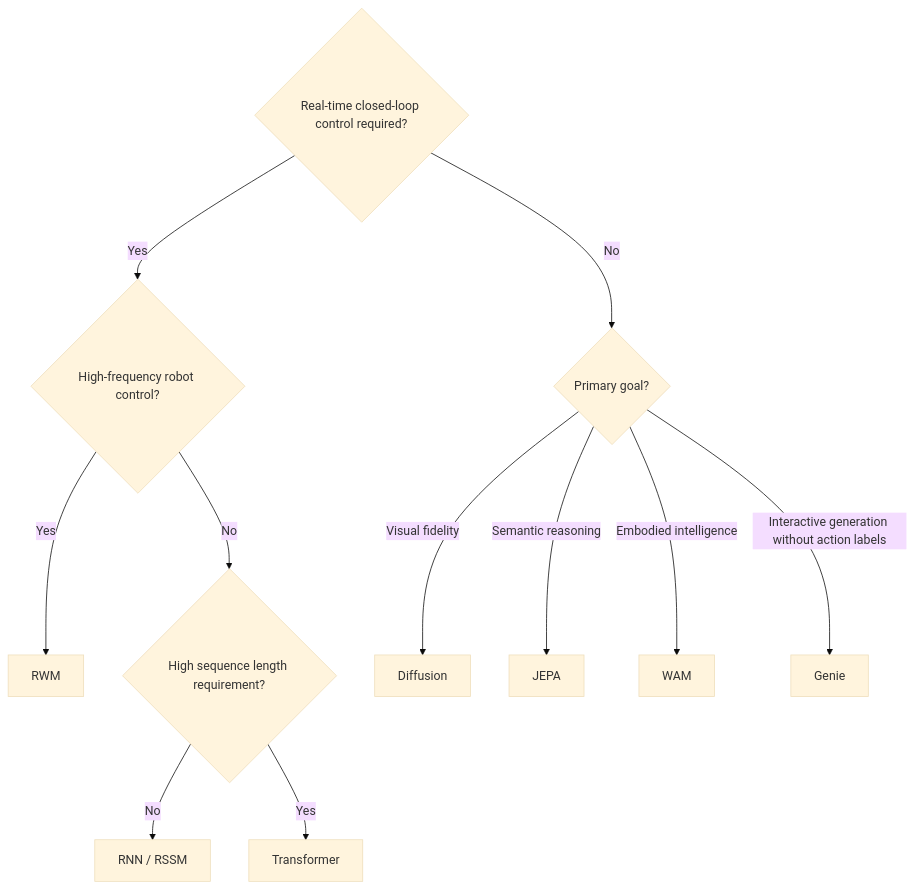
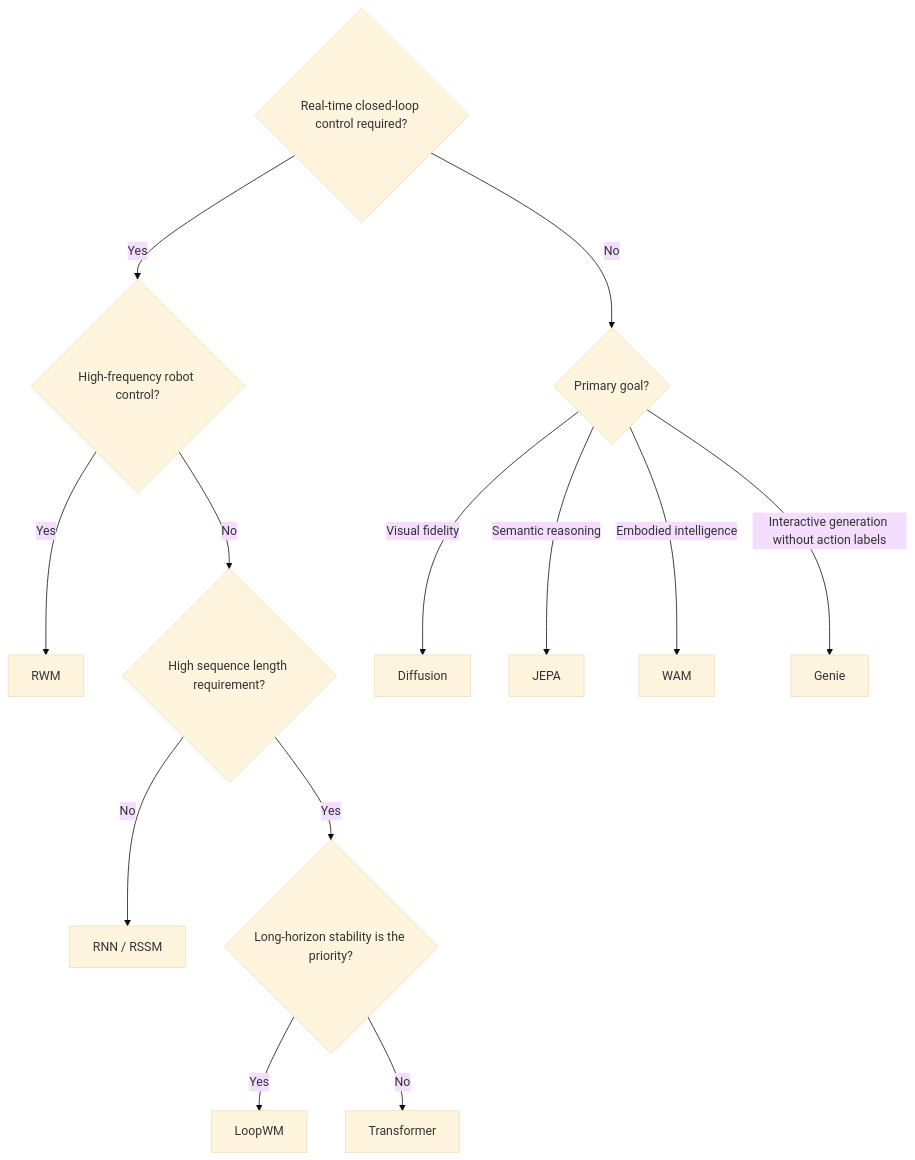
The diagram in docs/en/lectures/lecture-03-architecture-patterns/03-architectures-genie-wam.md (datawhalechina/learn-world-model), drawn with Mermaid (base theme) before and after one commit. The commit also changed other lines of this file and 8 other files, not shown here.

````diff
--- a/docs/en/lectures/lecture-03-architecture-patterns/03-architectures-genie-wam.md
+++ b/docs/en/lectures/lecture-03-architecture-patterns/03-architectures-genie-wam.md
@@ -73,14 +91,16 @@
 ```mermaid
 flowchart TD
     Q1{Real-time closed-loop control required?}
     Q1 -->|Yes| Q2{High-frequency robot control?}
     Q1 -->|No| Q3{Primary goal?}
     Q2 -->|Yes| R1[RWM]
     Q2 -->|No| Q4{High sequence length requirement?}
     Q4 -->|No| R2[RNN / RSSM]
-    Q4 -->|Yes| R3[Transformer]
-    Q3 -->|Visual fidelity| R4[Diffusion]
-    Q3 -->|Semantic reasoning| R5[JEPA]
-    Q3 -->|Embodied intelligence| R6[WAM]
-    Q3 -->|Interactive generation without action labels| R7[Genie]
+    Q4 -->|Yes| Q5{Long-horizon stability is the priority?}
+    Q5 -->|Yes| R3[LoopWM]
+    Q5 -->|No| R4[Transformer]
+    Q3 -->|Visual fidelity| R5[Diffusion]
+    Q3 -->|Semantic reasoning| R6[JEPA]
+    Q3 -->|Embodied intelligence| R7[WAM]
+    Q3 -->|Interactive generation without action labels| R8[Genie]
 ```
````
